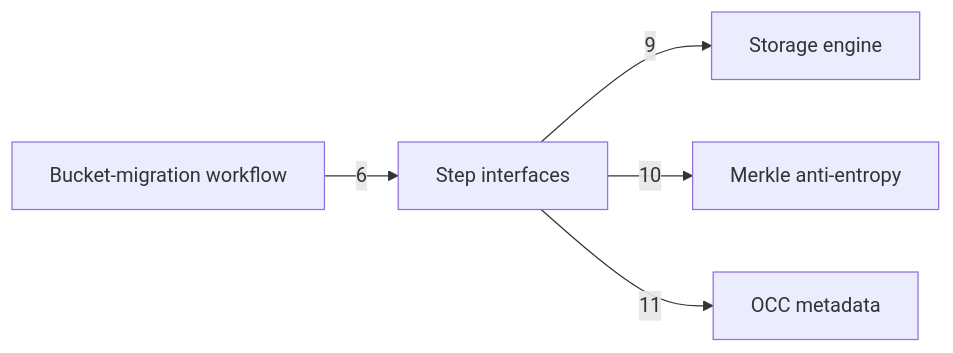
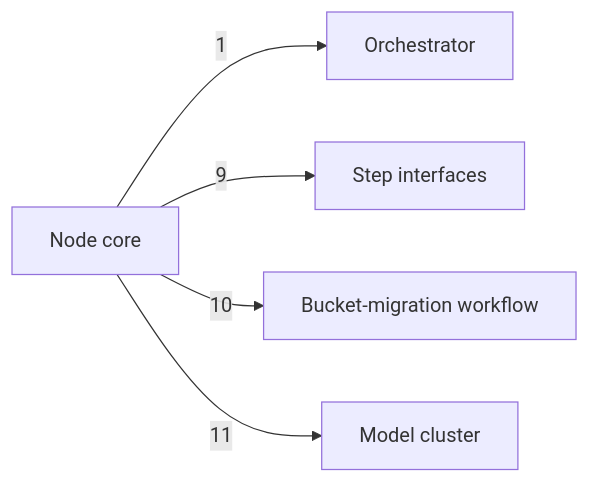
One commit to nickstrad/decentralized-object-store changed the diagram in docs/c4/diagrams/08-component-saga-b.mmd. Above: the diagram before and after it, drawn with Mermaid. The commit also changed 28 other files, not shown here.

Commit message:
c4: redraw the diagrams as built: a node core that implements every package's interfaces, a node runtime, the object API over one service interface

```diff
--- a/docs/c4/diagrams/08-component-saga-b.mmd
+++ b/docs/c4/diagrams/08-component-saga-b.mmd
@@ -1,6 +1,6 @@
 %% draw-visual: -x 4 -y 1 -p 0
 graph LR
-  WORKFLOW[Bucket-migration workflow] -->|6| STEPS[Step interfaces]
-  STEPS -->|9| STORAGE[Storage engine]
-  STEPS -->|10| MERKLE[Merkle anti-entropy]
-  STEPS -->|11| OCC[OCC metadata]
+  NODE[Node core] -->|1| ORCH[Orchestrator]
+  NODE -->|9| STEPS[Step interfaces]
+  NODE -->|10| WORKFLOW[Bucket-migration workflow]
+  NODE -->|11| SIM[Model cluster]
```
